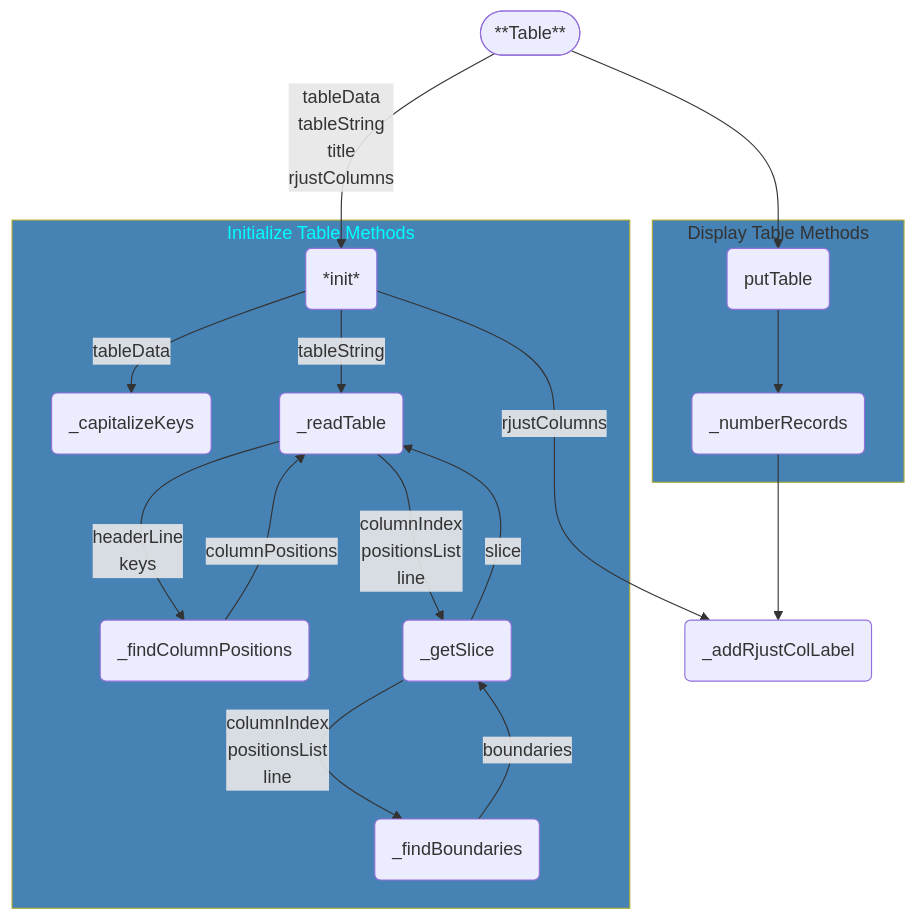
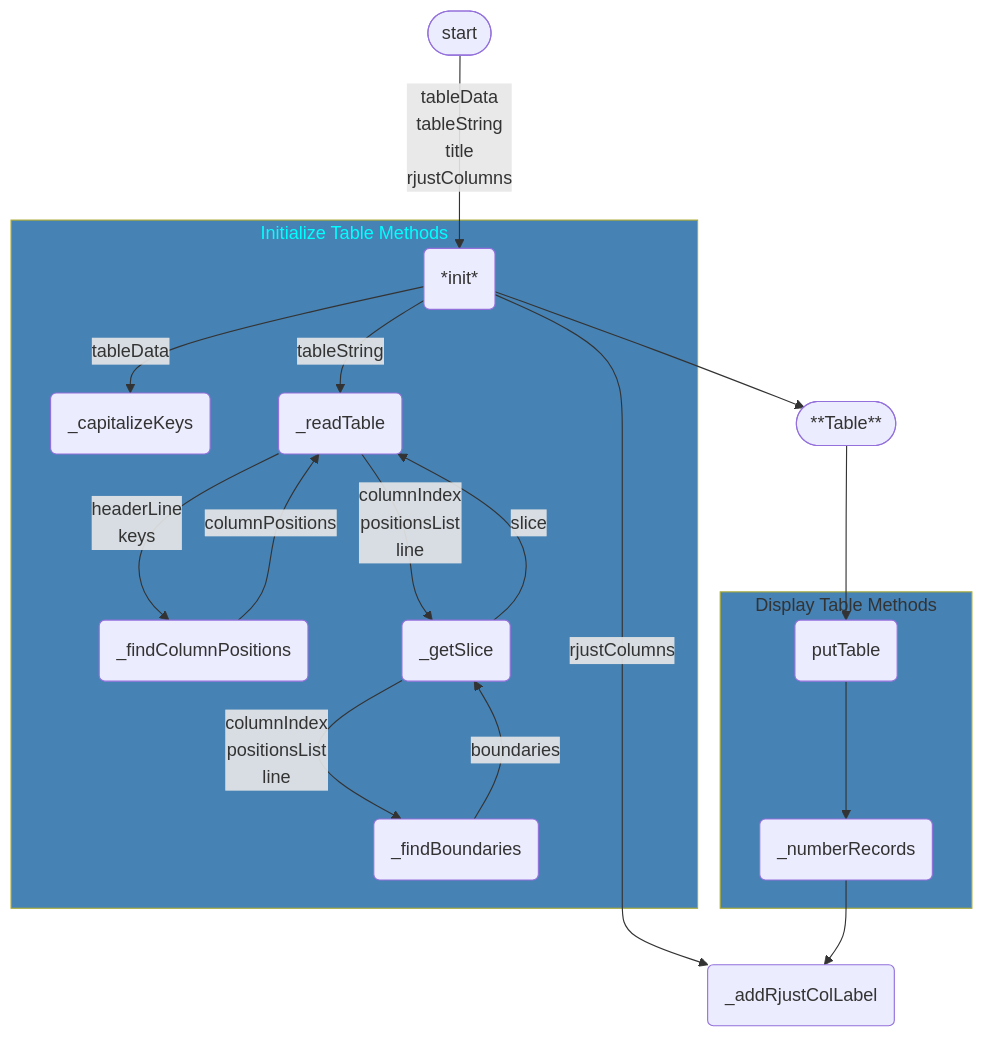
One commit to 7s4e/p3 changed the first of 20 diagrams in scripts/table/design.md. Above: the diagram before and after it, drawn with Mermaid.

Commit message:
move init

````diff
--- a/scripts/table/design.md
+++ b/scripts/table/design.md
@@ -16,40 +16,42 @@
 ```mermaid
 graph
-    TABL([**Table**])
-        TABL -- tableData
+    STRT([start])
+        STRT -- tableData
                 tableString
                 title
                 rjustColumns --> INIT
-        TABL                 --> PTBL
     subgraph i [Initialize Table Methods]
         style i fill:#4682b4,color:#0ff
         INIT(*init*)
             INIT -- tableData   --> CAPK
             INIT -- tableString --> READ
         CAPK(_capitalizeKeys)
         READ(_readTable)
             READ -- headerLine
                     keys            --> FNDC
             FNDC -- columnPositions --> READ
             READ -- columnIndex
                     positionsList
                     line            --> GETS
             GETS -- slice           --> READ
         FNDC(_findColumnPositions)
         GETS(_getSlice)
             GETS -- columnIndex
                     positionsList
                     line          --> FNDB
             FNDB -- boundaries    --> GETS
         FNDB(_findBoundaries)
     end
+    TABL([**Table**])
+        INIT --> TABL
+        TABL --> PTBL
     subgraph d [Display Table Methods]
         style d fill:#4682b4
         PTBL(putTable)
             PTBL --> NUMR
         NUMR(_numberRecords)
     end
     ARJC(_addRjustColLabel)
         INIT -- rjustColumns --> ARJC
         NUMR                 --> ARJC
 ```
````
